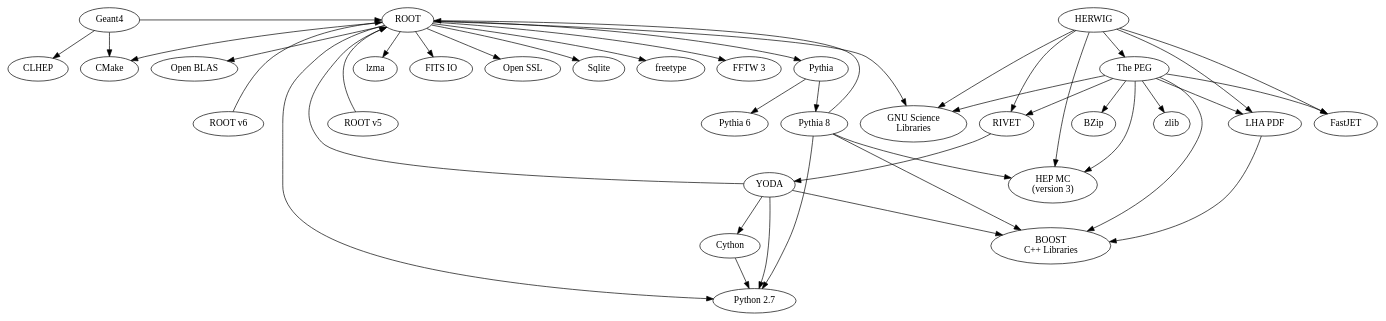
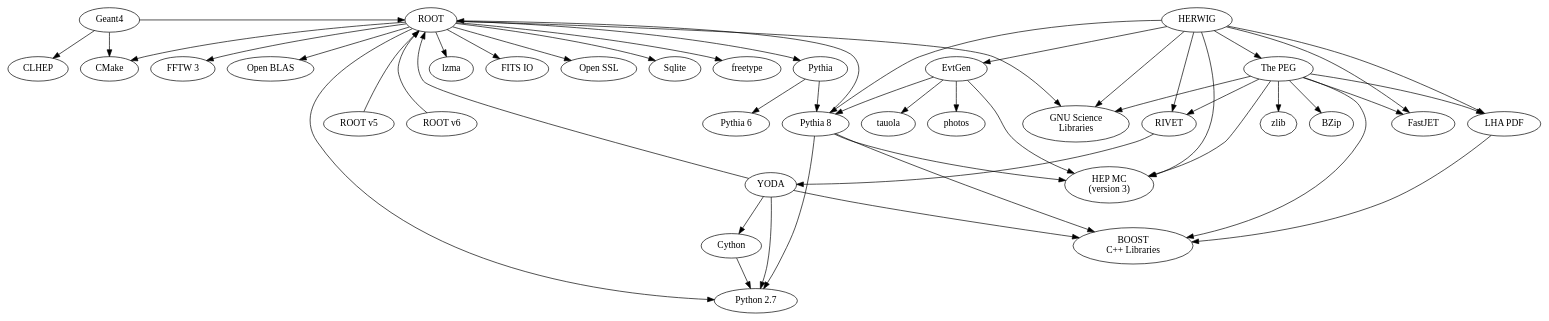
One commit to AAROC/CODE-RADE-ACAT-2017 changed the diagram in dependencies.dot. Above: the diagram before and after it, drawn with Graphviz.

Commit message:
Add evtgen to dependency tree

```diff
--- a/dependencies.dot
+++ b/dependencies.dot
@@ -1,64 +1,66 @@
 /* The dependency tree of the HEP applications
 We assume that the graph is directed, else we end up with infinite builds on Jenkins,
 hence the use of "digraph" below.
 */
 digraph hepdep {
 /*
 First, we draw all of  the main nodes in the HEP tree
 - Nodes are sorted alphabetically.
 - node names are all lower case
 - node lables are what the node is called by it's developers
 */
 
 clhep [label="CLHEP"];
+evtgen [label="EvtGen"];
 fastjet [label="FastJET"];
 geant4 [label="Geant4"];
 hepmc [label="HEP MC \n(version 3)"];
 herwig [label="HERWIG"]
 lhapdf [label="LHA PDF"];
 pythia [label="Pythia"];
 pythia6 [label="Pythia 6"];
 pythia8 [label="Pythia 8"];
 rivet [label="RIVET"];
-root [label=ROOT];
+root [label="ROOT"];
 root5 [label="ROOT v5"];
 root6 [label="ROOT v6"];
 thepeg [label="The PEG"];
 yoda [label="YODA"];
 /* Now, those outside of the HEP tree, in the foundation tree*/
 boost [label="BOOST\n C++ Libraries"];
 python [label="Python 2.7"];
 bzlib [label="BZip"];
 zlib [label="zlib"];
 gsl [label="GNU Science\nLibraries"];
 cmake [label="CMake"];
 lzma [label="lzma"];
 fits [label="FITS IO"];
 openssl [label="Open SSL"];
 sqlite [label="Sqlite"];
 freetype [label="freetype"];
 fftw [label="FFTW 3"];
 openblas [label="Open BLAS"];
 cython [label="Cython"]
 /* Now, we draw the dependencies*/
 cython->python [newrank="true"];
 yoda -> { python, boost, root, cython};
 
 thepeg -> { boost, zlib, bzlib, gsl, lhapdf, hepmc, rivet, fastjet};
 pythia-> {pythia6, pythia8};
 pythia8 -> {root, hepmc, boost, python};
 root6 -> root;
 root5 -> root;
 root -> {cmake, gsl, lzma, fits, sqlite, freetype, fftw, openblas, python, openssl,pythia};
 
 rivet -> {yoda};
 lhapdf -> {boost};
 
-herwig -> {fastjet, lhapdf, rivet, thepeg, gsl, hepmc};
+herwig -> {fastjet, lhapdf, rivet, thepeg, gsl, hepmc, evtgen, pythia8};
 
 geant4->{clhep, root, cmake};
 
+evtgen -> {hepmc, pythia8, photos, tauola}
 /* We put all of the user-facing applications on the same level */
 {rank = same; root6; root5; pythia6; pythia8}
   {rank = same; root; geant4; herwig;}
 }
```
